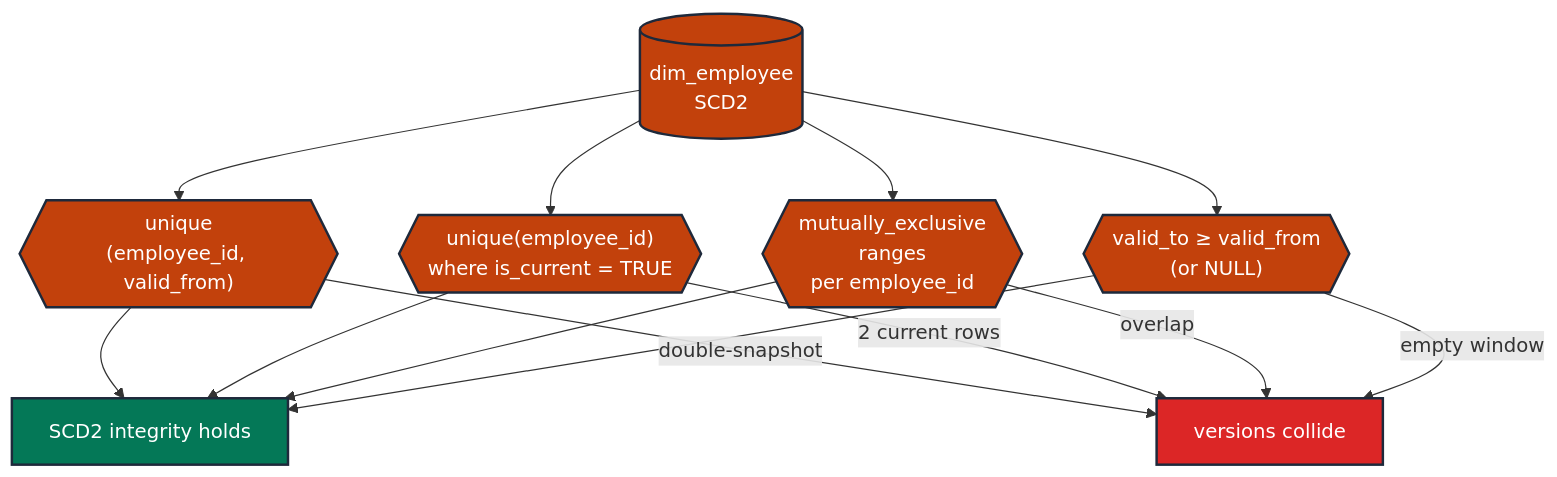
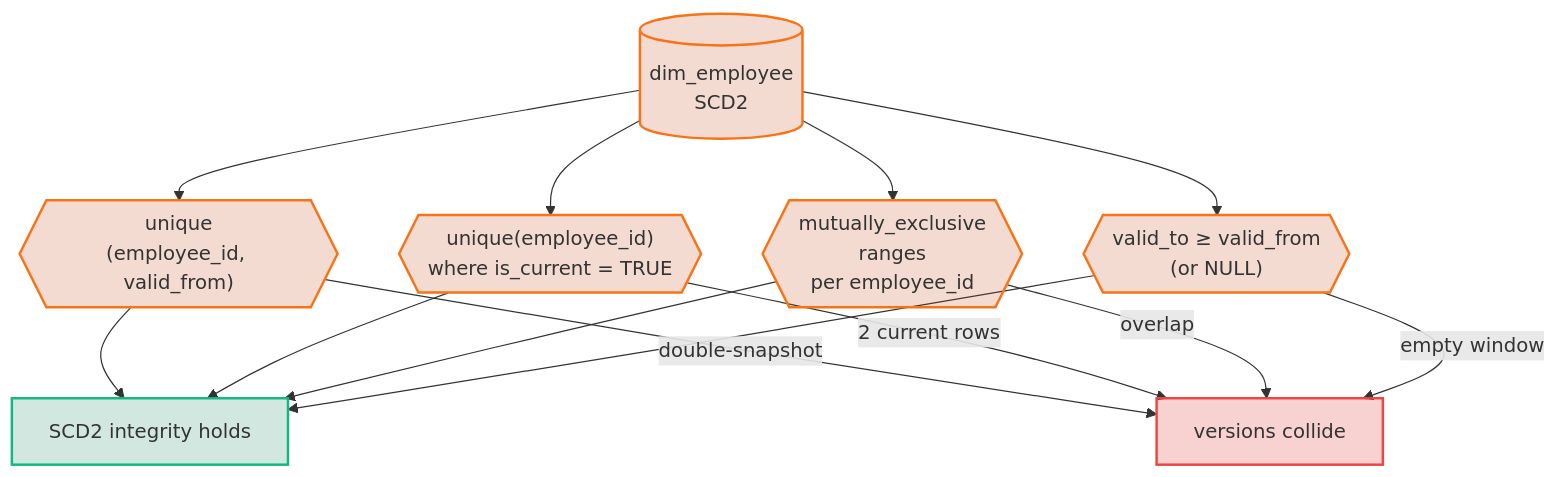
The diagram in docs/guides/testing_taxonomy/time/TM-AU-02-scd2-quartet.md (neozenith/dbt-gcp-jaffleshop), drawn with Mermaid before and after one commit. The commit also changed 36 other files, not shown here.

First line of the commit message:
docs(taxonomy): rework guide entry-point + WCAG-AAA dual-theme mermaid palette (#19)

````diff
--- a/docs/guides/testing_taxonomy/time/TM-AU-02-scd2-quartet.md
+++ b/docs/guides/testing_taxonomy/time/TM-AU-02-scd2-quartet.md
@@ -115,24 +115,24 @@
 ```mermaid
 flowchart TD
     dim[("dim_employee<br/>SCD2")]:::timePrimary
 
     dim --> t1{{"unique<br/>(employee_id, valid_from)"}}:::gate
     dim --> t2{{"unique(employee_id)<br/>where is_current = TRUE"}}:::gate
     dim --> t3{{"mutually_exclusive<br/>ranges<br/>per employee_id"}}:::gate
     dim --> t4{{"valid_to ≥ valid_from<br/>(or NULL)"}}:::gate
 
     t1 --> ok["SCD2 integrity holds"]:::ok
     t2 --> ok
     t3 --> ok
     t4 --> ok
 
     t1 -- "double-snapshot" --> fail["versions collide"]:::fail
     t2 -- "2 current rows" --> fail
     t3 -- "overlap" --> fail
     t4 -- "empty window" --> fail
 
-    classDef timePrimary fill:#c2410c,stroke:#1e293b,color:#fff,stroke-width:2px
-    classDef gate        fill:#c2410c,stroke:#1e293b,color:#fff,stroke-width:2px
-    classDef ok          fill:#047857,stroke:#1e293b,color:#fff,stroke-width:2px
-    classDef fail        fill:#dc2626,stroke:#1e293b,color:#fff,stroke-width:2px
+    classDef timePrimary fill:#c2410c30,stroke:#f97316,stroke-width:2px
+    classDef gate fill:#c2410c30,stroke:#f97316,stroke-width:2px
+    classDef ok fill:#0478572e,stroke:#10b981,stroke-width:2px
+    classDef fail fill:#dc262636,stroke:#ef4444,stroke-width:2px
 ```
````
